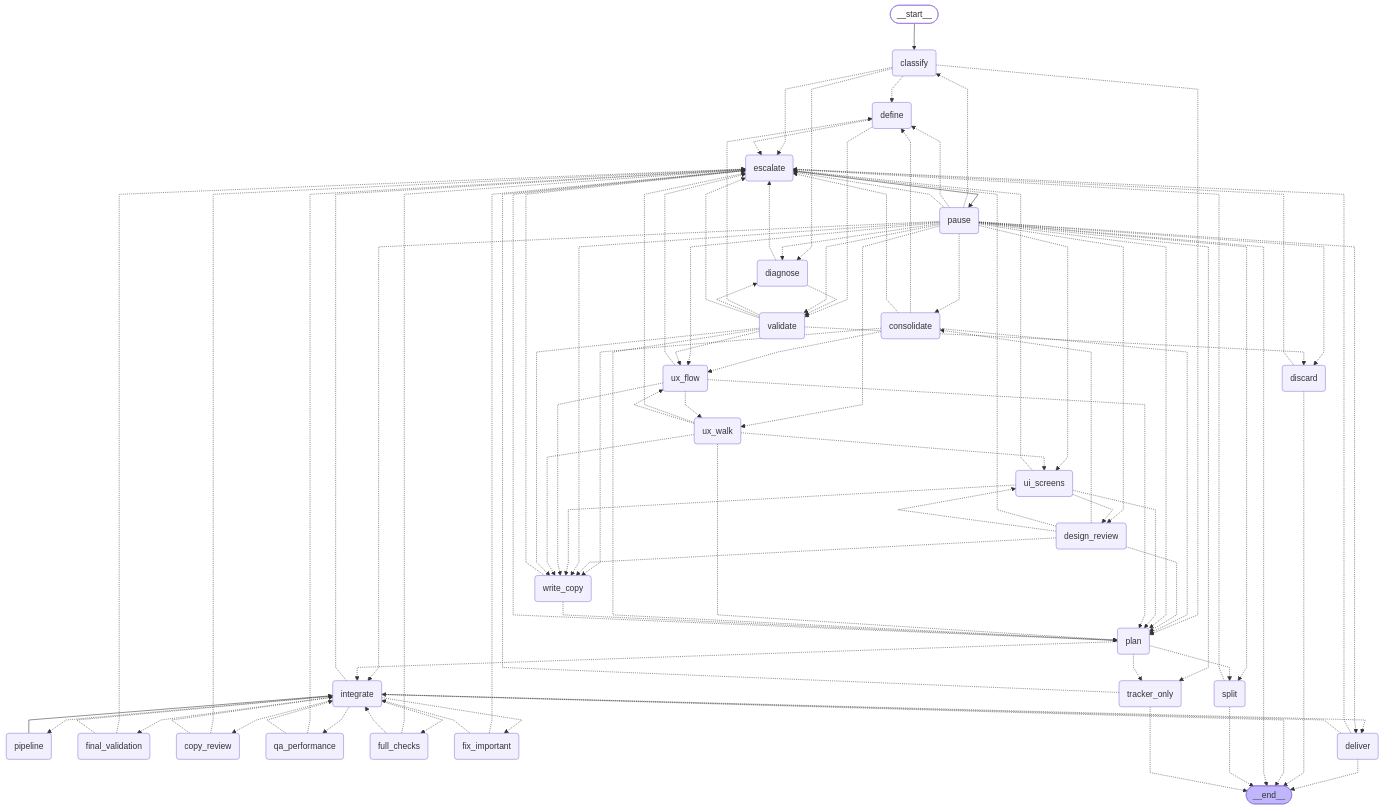
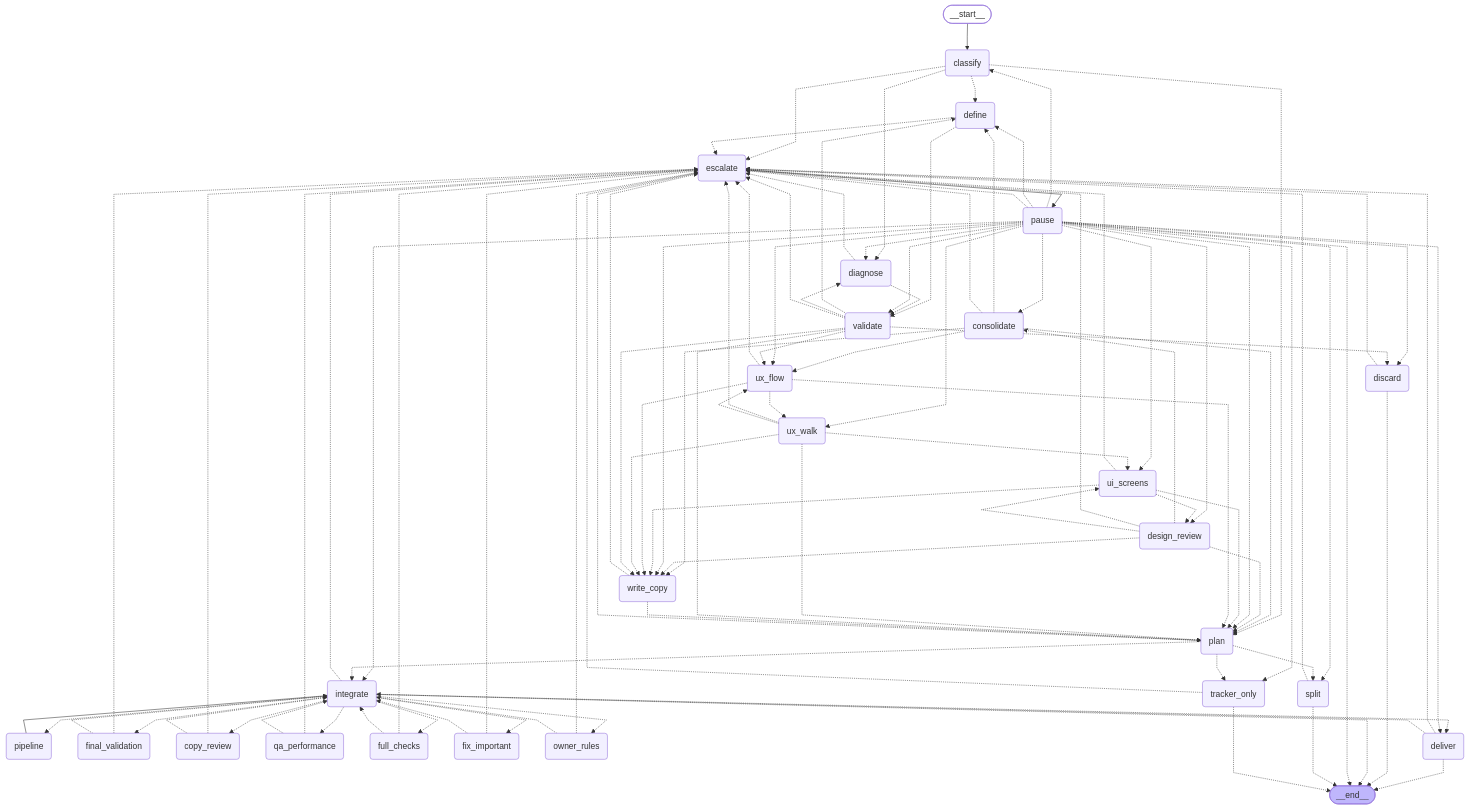
Before and after one commit to GonzaloZevallos/agentic-system: the first of 2 diagrams in docs/architecture/generated/role-graph.md, drawn with Mermaid. The commit also changed 14 other files, not shown here.

First line of the commit message:
Write the owner's marked rules into the decisions file before the full suite, so the reviewed head covers them

```diff
--- a/docs/architecture/generated/role-graph.md
+++ b/docs/architecture/generated/role-graph.md
@@ -28,6 +28,7 @@
 	qa_performance(qa_performance)
 	full_checks(full_checks)
 	fix_important(fix_important)
+	owner_rules(owner_rules)
 	deliver(deliver)
 	discard(discard)
 	split(split)
@@ -75,8 +76,11 @@
 	integrate -.-> final_validation;
 	integrate -.-> fix_important;
 	integrate -.-> full_checks;
+	integrate -.-> owner_rules;
 	integrate -.-> pipeline;
 	integrate -.-> qa_performance;
+	owner_rules -.-> escalate;
+	owner_rules -.-> integrate;
 	pause -.-> __end__;
 	pause -.-> classify;
 	pause -.-> consolidate;
```
